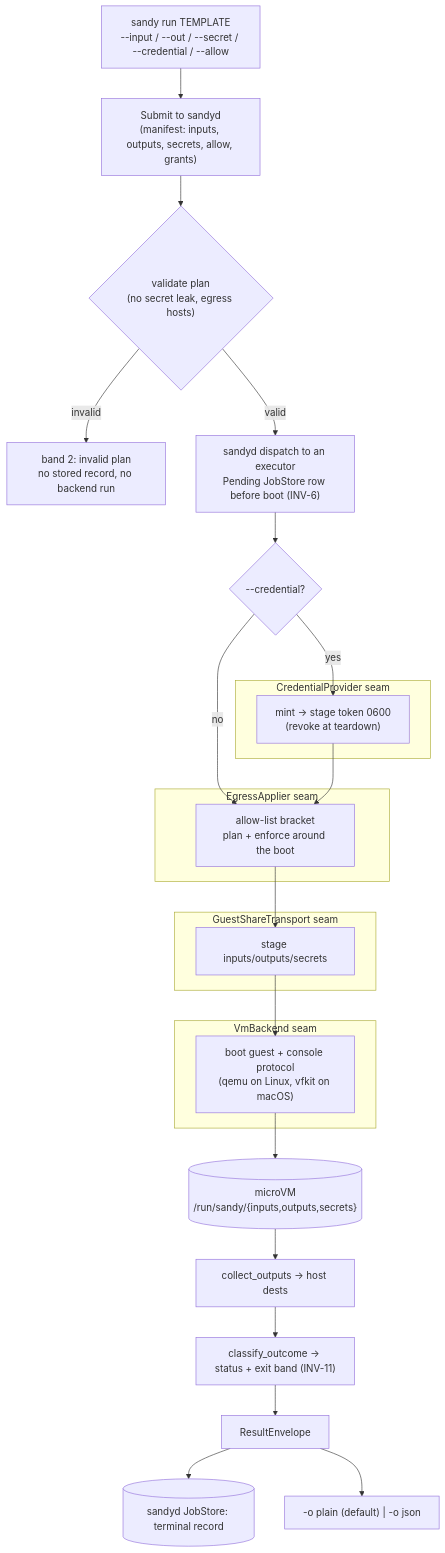
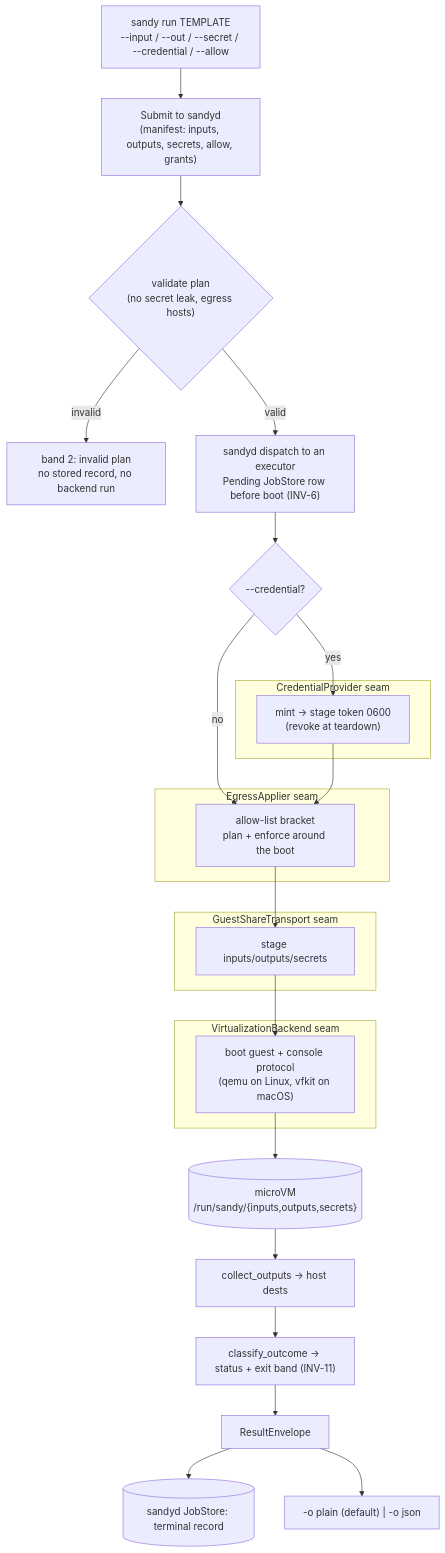
One commit to kauki-labs/sandy changed the first of 2 diagrams in README.md. Above: the diagram before and after it, drawn with Mermaid. The commit also changed other lines of this file and 47 other files, not shown here.

First line of the commit message:
refactor(api): rename VmBackend to VirtualizationBackend (#869)

````diff
--- a/README.md
+++ b/README.md
@@ -27,37 +27,37 @@
 ```mermaid
 flowchart TD
   cli["sandy run TEMPLATE<br/>--input / --out / --secret / --credential / --allow"]
   cli --> plan["Submit to sandyd<br/>(manifest: inputs, outputs, secrets, allow, grants)"]
   plan --> validate{"validate plan<br/>(no secret leak, egress hosts)"}
   validate -- invalid --> band2["band 2: invalid plan<br/>no stored record, no backend run"]
   validate -- valid --> sup["sandyd dispatch to an executor<br/>Pending JobStore row before boot (INV-6)"]
   sup --> credq{"--credential?"}
 
   subgraph cred_seam["CredentialProvider seam"]
     mint["mint → stage token 0600<br/>(revoke at teardown)"]
   end
   credq -- yes --> mint
   credq -- no --> eg
 
   subgraph egress_seam["EgressApplier seam"]
     eg["allow-list bracket<br/>plan + enforce around the boot"]
   end
   mint --> eg
 
   subgraph share_seam["GuestShareTransport seam"]
     stage["stage inputs/outputs/secrets"]
   end
   eg --> stage
 
-  subgraph vm_seam["VmBackend seam"]
+  subgraph vm_seam["VirtualizationBackend seam"]
     boot["boot guest + console protocol<br/>(qemu on Linux, vfkit on macOS)"]
   end
   stage --> boot
 
   boot --> guest[("microVM<br/>/run/sandy/{inputs,outputs,secrets}")]
   guest --> collect["collect_outputs → host dests"]
   collect --> classify["classify_outcome → status + exit band (INV-11)"]
   classify --> env["ResultEnvelope"]
   env --> store[("sandyd JobStore: terminal record")]
   env --> render["-o plain (default) | -o json"]
 ```
````
